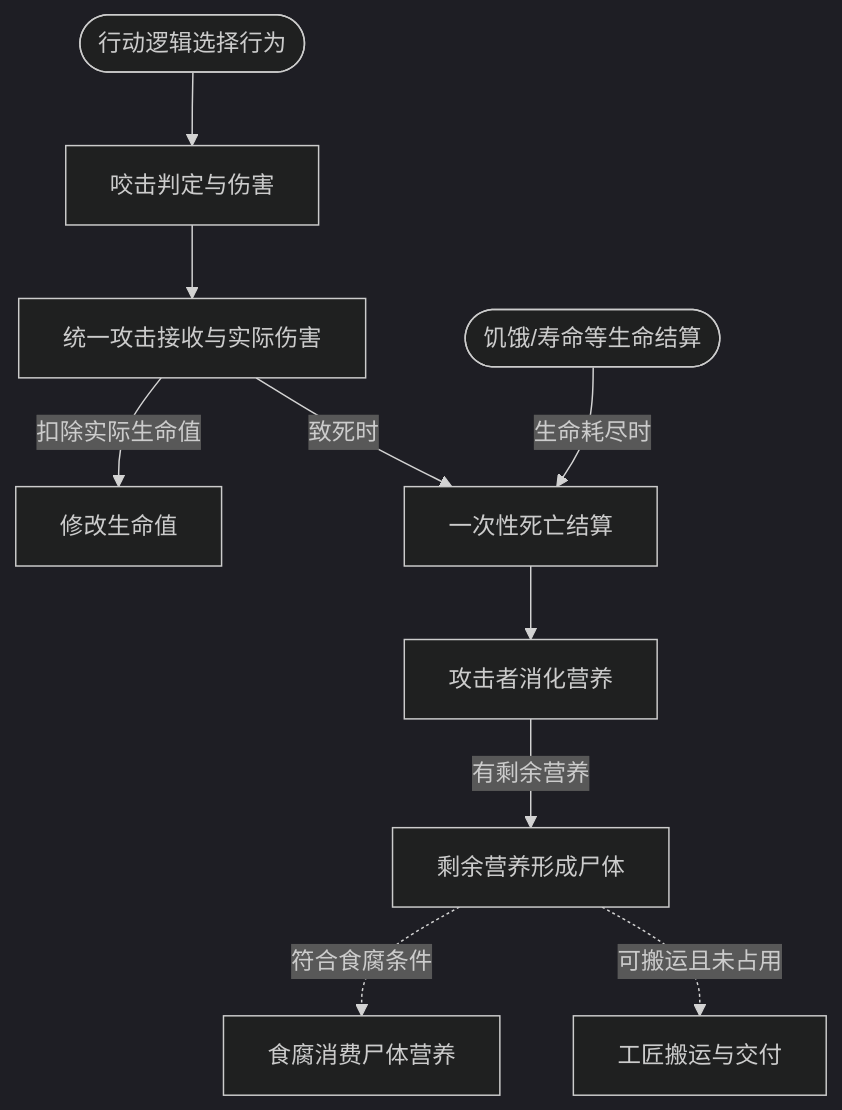
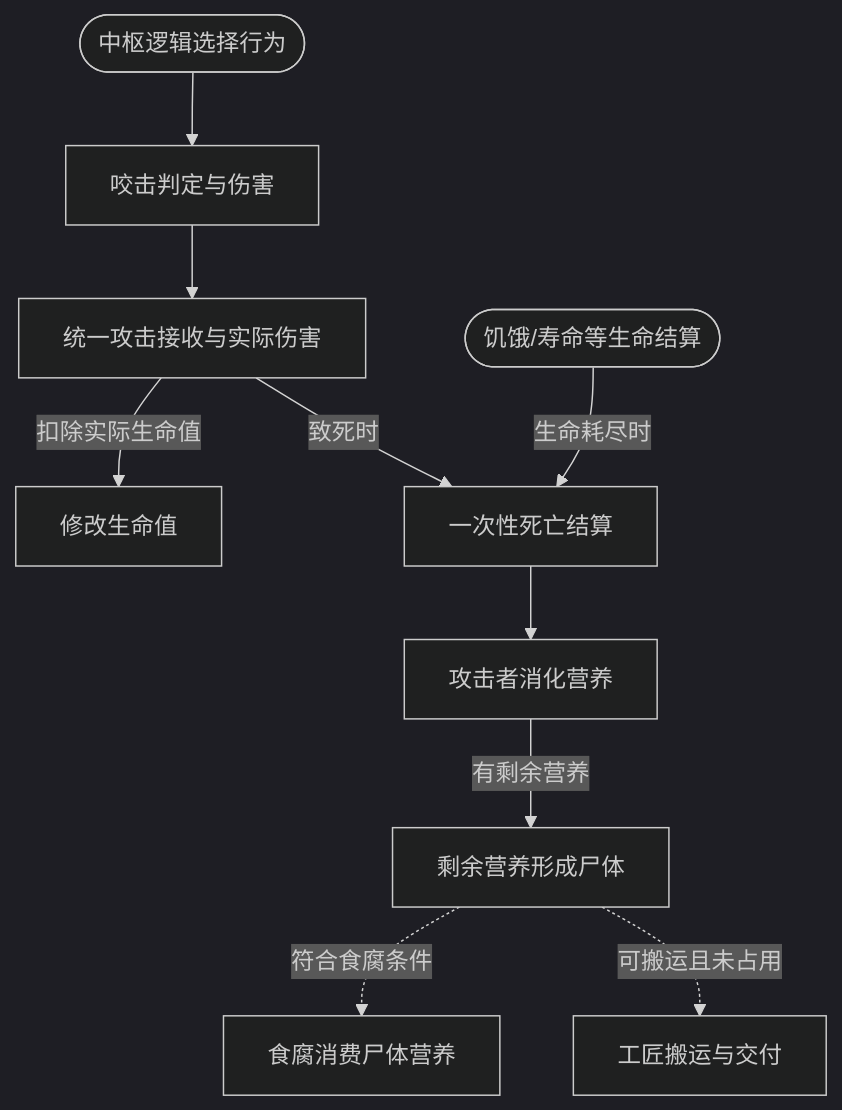
Before and after one commit to xhs6666/Darwin_paradise: the fourth of 12 diagrams in Docs/运行流程图/主流程.md, drawn with Mermaid (dark theme). The commit also changed other lines of this file and 1115 other files, not shown here.

````diff
--- a/Docs/运行流程图/主流程.md
+++ b/Docs/运行流程图/主流程.md
@@ -188,23 +188,23 @@
 ```mermaid
 flowchart TD
-  n0(["行动逻辑选择行为"])
+  n0(["中枢逻辑选择行为"])
   n1["咬击判定与伤害"]
   n2["统一攻击接收与实际伤害"]
   n3["修改生命值"]
   n4["一次性死亡结算"]
   n5["攻击者消化营养"]
   n6["剩余营养形成尸体"]
   n7["食腐消费尸体营养"]
   n8["工匠搬运与交付"]
   n9(["饥饿/寿命等生命结算"])
   n0 --> n1
   n1 --> n2
   n2 -->|"扣除实际生命值"| n3
   n2 -->|"致死时"| n4
   n4 --> n5
   n5 -->|"有剩余营养"| n6
   n6 -. "符合食腐条件" .-> n7
   n6 -. "可搬运且未占用" .-> n8
   n9 -->|"生命耗尽时"| n4
 
 ```
````
